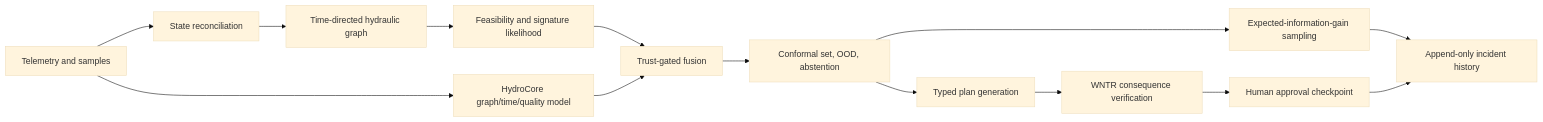
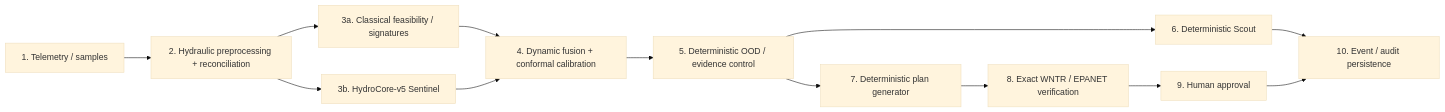
The diagram in docs/ARCHITECTURE.md (insightlabs38-pixel/HydroSwarm), drawn with Mermaid (base theme) before and after one commit. The commit also changed other lines of this file and 5 other files, not shown here.

````diff
--- a/docs/ARCHITECTURE.md
+++ b/docs/ARCHITECTURE.md
@@ -11,16 +9,15 @@
 ```mermaid
 flowchart LR
-  T["Telemetry and samples"] --> H["State reconciliation"]
-  H --> G["Time-directed hydraulic graph"]
-  G --> C["Feasibility and signature likelihood"]
-  T --> N["HydroCore graph/time/quality model"]
-  C --> F["Trust-gated fusion"]
-  N --> F
-  F --> U["Conformal set, OOD, abstention"]
-  U --> S["Expected-information-gain sampling"]
-  U --> P["Typed plan generation"]
-  P --> V["WNTR consequence verification"]
-  V --> A["Human approval checkpoint"]
-  S --> E["Append-only incident history"]
-  A --> E
+  T["1. Telemetry / samples"] --> R["2. Hydraulic preprocessing + reconciliation"]
+  R --> C["3a. Classical feasibility / signatures"]
+  R --> S["3b. HydroCore-v5 Sentinel"]
+  C --> F["4. Dynamic fusion + conformal calibration"]
+  S --> F
+  F --> O["5. Deterministic OOD / evidence control"]
+  O --> Q["6. Deterministic Scout"]
+  O --> P["7. Deterministic plan generator"]
+  P --> V["8. Exact WNTR / EPANET verification"]
+  V --> H["9. Human approval"]
+  Q --> A["10. Event / audit persistence"]
+  H --> A
 ```
````
